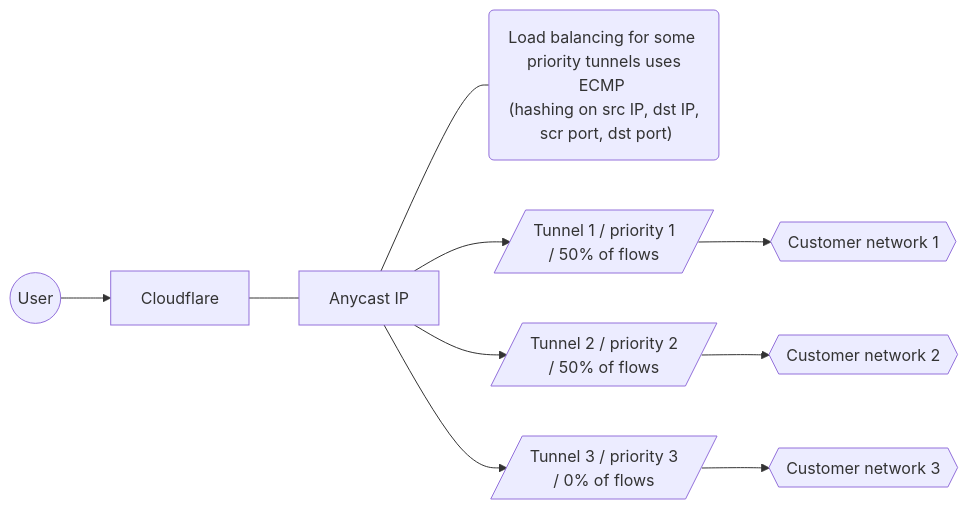
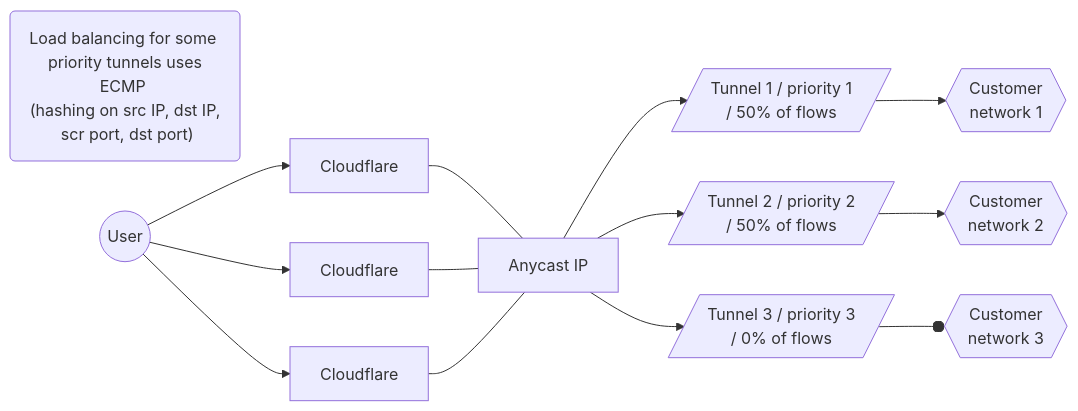
One commit to cloudflare/cloudflare-docs changed the second of 4 diagrams in content/magic-wan/reference/traffic-steering.md. Above: the diagram before and after it, drawn with Mermaid. The commit also changed other lines of this file, not shown here.

Commit message:
updated graphics traffic steering mwan

````diff
--- a/content/magic-wan/reference/traffic-steering.md
+++ b/content/magic-wan/reference/traffic-steering.md
@@ -56,9 +56,10 @@
 ```mermaid
 flowchart LR
 accTitle: Tunnels diagram
 accDescr: This example has three tunnel routes, with traffic equally distributed across two paths.
-A((User)) --> B[Cloudflare] --- C[Anycast IP] --- D("Load balancing for some <br> priority tunnels uses ECMP <br> (hashing on src IP, dst IP, <br> scr port, dst port)")
-C[Anycast IP] --> E[/Tunnel 1 / priority 1 <br> / 50% of flows/] --> H{{Customer network 1}}
-C[Anycast IP] --> F[/Tunnel 2 / priority 2 <br> / 50% of flows/] --> I{{Customer network 2}}
-C[Anycast IP] --> G[/Tunnel 3 / priority 3 <br> / 0% of flows/] --> J{{Customer network 3}}
+D("Load balancing for some <br> priority tunnels uses ECMP <br> (hashing on src IP, dst IP, <br> scr port, dst port)")
+A((User)) --> B[Cloudflare] & x[Cloudflare] & z[Cloudflare] --- C[Anycast IP]
+C[Anycast IP] --> E[/Tunnel 1 / priority 1 <br> / 50% of flows/] --> H{{Customer <br> network 1}}
+C[Anycast IP] --> F[/Tunnel 2 / priority 2 <br> / 50% of flows/] --> I{{Customer <br> network 2}}
+C[Anycast IP] --> G[/Tunnel 3 / priority 3 <br> / 0% of flows/] --o J{{Customer <br> network 3}}
 ```
````
